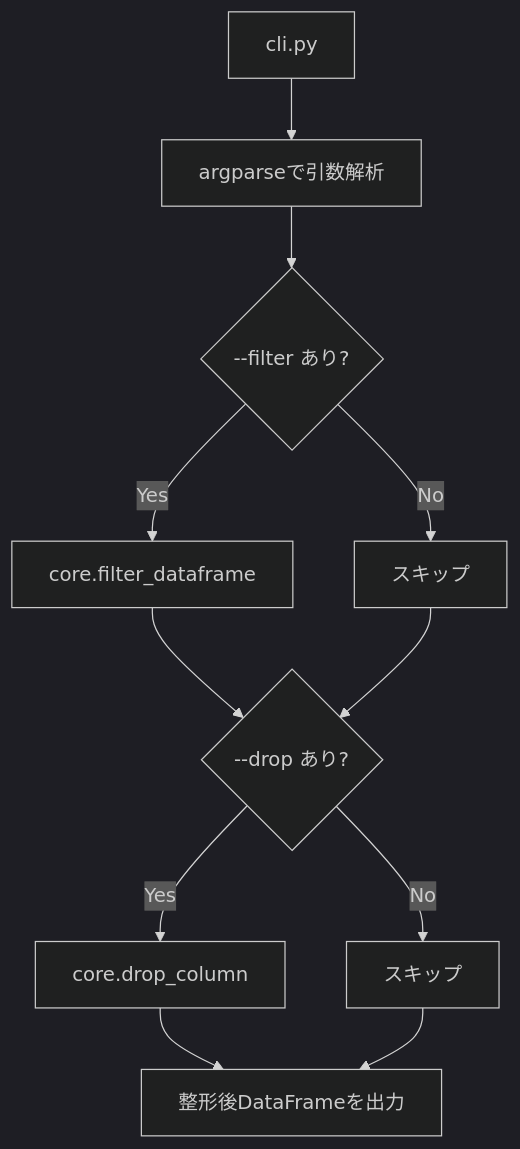
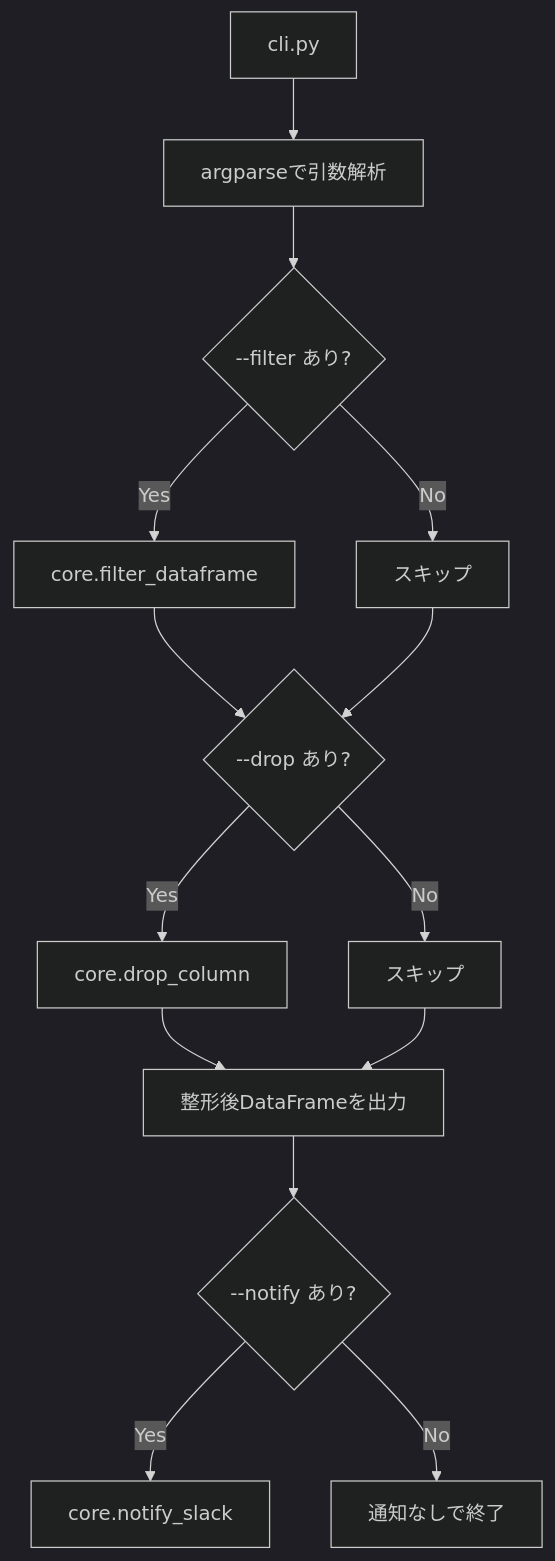
The diagram in README.md (yamanora/autoscripts-csv), drawn with Mermaid (dark theme) before and after one commit. The commit also changed other lines of this file, not shown here.

````diff
--- a/README.md
+++ b/README.md
@@ -95,16 +109,20 @@
 ```mermaid
 flowchart TD
     A[cli.py] --> B[argparseで引数解析]
     B --> C1{--filter あり?}
     C1 -- Yes --> D1[core.filter_dataframe]
     C1 -- No --> D2[スキップ]
 
     D1 --> C2{--drop あり?}
     D2 --> C2
 
     C2 -- Yes --> E1[core.drop_column]
     C2 -- No --> E2[スキップ]
 
     E1 --> F[整形後DataFrameを出力]
     E2 --> F
+
+    F --> G{--notify あり?}
+    G -- Yes --> H[core.notify_slack]
+    G -- No --> I[通知なしで終了]
 ```
````
